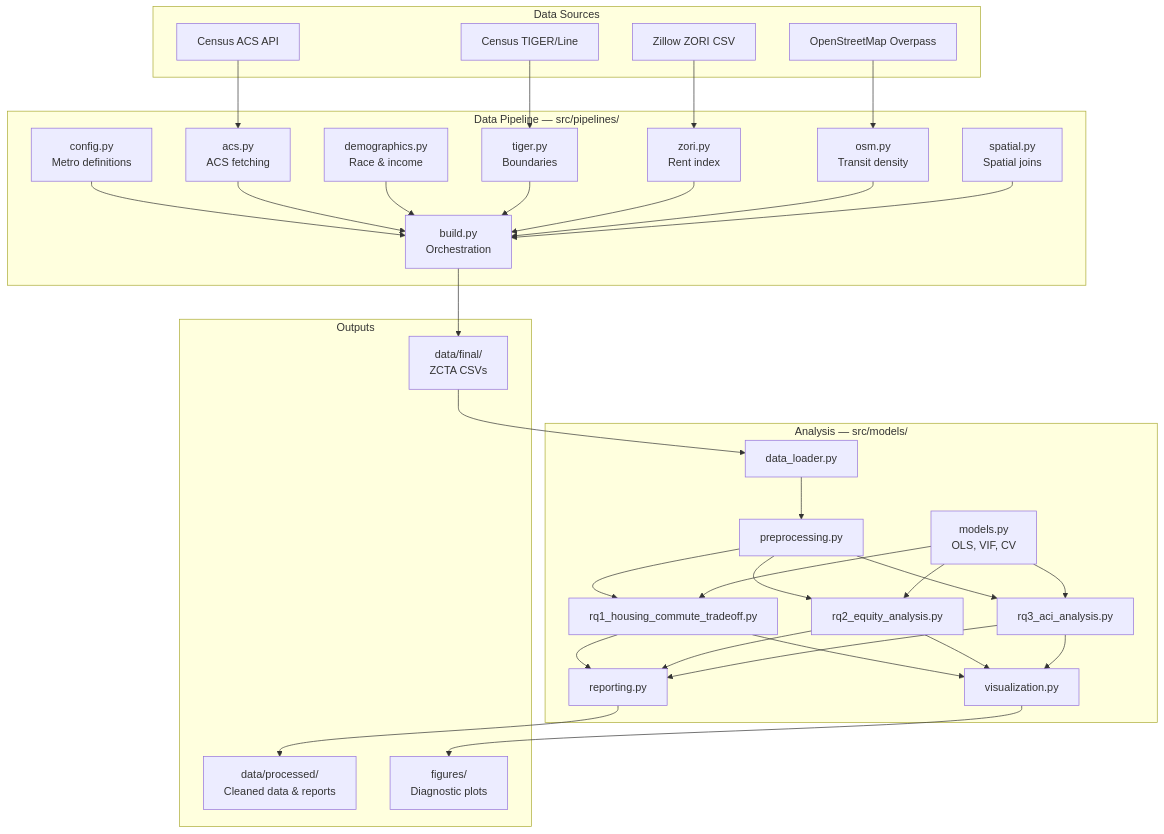
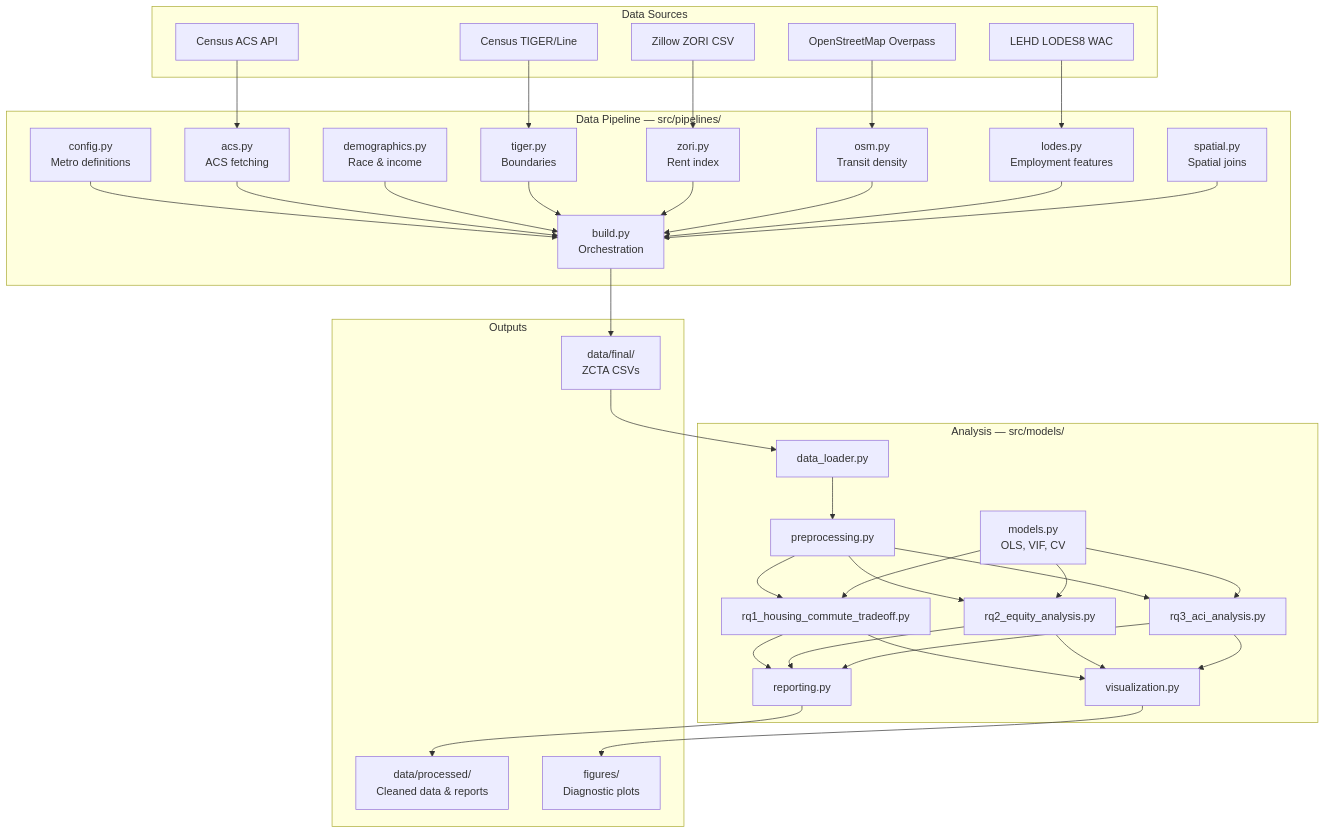
Before and after one commit to cdcoonce/housing-commute-analysis: the first of 4 diagrams in README.md, drawn with Mermaid. The commit also changed other lines of this file and 2 other files, not shown here.

Commit message:
docs: 35-column schema, LODES source, employment-feature pipeline step

````diff
--- a/README.md
+++ b/README.md
@@ -65,68 +66,72 @@
 ```mermaid
 graph TD
     subgraph "Data Sources"
         ACS["Census ACS API"]
         ZORI["Zillow ZORI CSV"]
         OSM["OpenStreetMap Overpass"]
+        LODES["LEHD LODES8 WAC"]
         TIGER["Census TIGER/Line"]
     end
 
     subgraph "Data Pipeline — src/pipelines/"
         CFG["config.py<br/>Metro definitions"]
         BUILD["build.py<br/>Orchestration"]
         ACS_MOD["acs.py<br/>ACS fetching"]
         DEMO["demographics.py<br/>Race & income"]
         TIGER_MOD["tiger.py<br/>Boundaries"]
         ZORI_MOD["zori.py<br/>Rent index"]
         OSM_MOD["osm.py<br/>Transit density"]
+        LODES_MOD["lodes.py<br/>Employment features"]
         SPATIAL["spatial.py<br/>Spatial joins"]
     end
 
     subgraph "Analysis — src/models/"
         LOAD["data_loader.py"]
         PREPROC["preprocessing.py"]
         MODELS["models.py<br/>OLS, VIF, CV"]
         RQ1["rq1_housing_commute_tradeoff.py"]
         RQ2["rq2_equity_analysis.py"]
         RQ3["rq3_aci_analysis.py"]
         VIZ["visualization.py"]
         REPORT["reporting.py"]
     end
 
     subgraph "Outputs"
         CSV["data/final/<br/>ZCTA CSVs"]
         PROC["data/processed/<br/>Cleaned data & reports"]
         FIGS["figures/<br/>Diagnostic plots"]
     end
 
     ACS --> ACS_MOD
     ZORI --> ZORI_MOD
     OSM --> OSM_MOD
+    LODES --> LODES_MOD
     TIGER --> TIGER_MOD
 
     CFG --> BUILD
     ACS_MOD --> BUILD
     DEMO --> BUILD
     TIGER_MOD --> BUILD
     ZORI_MOD --> BUILD
     OSM_MOD --> BUILD
+    LODES_MOD --> BUILD
     SPATIAL --> BUILD
 
     BUILD --> CSV
     CSV --> LOAD
     LOAD --> PREPROC
     PREPROC --> RQ1
     PREPROC --> RQ2
     PREPROC --> RQ3
     MODELS --> RQ1
     MODELS --> RQ2
     MODELS --> RQ3
     RQ1 --> VIZ
     RQ2 --> VIZ
     RQ3 --> VIZ
     RQ1 --> REPORT
     RQ2 --> REPORT
     RQ3 --> REPORT
     REPORT --> PROC
     VIZ --> FIGS
 ```
````
